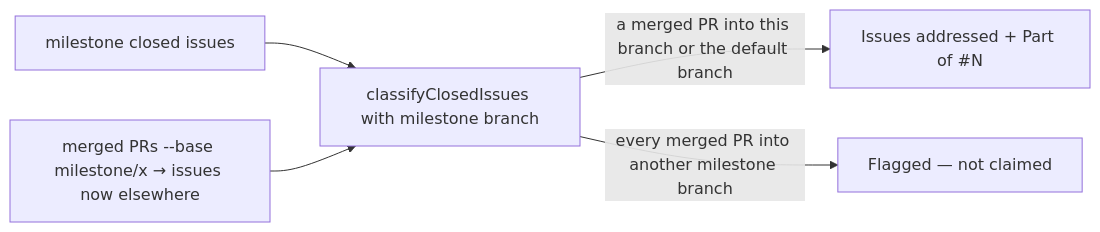
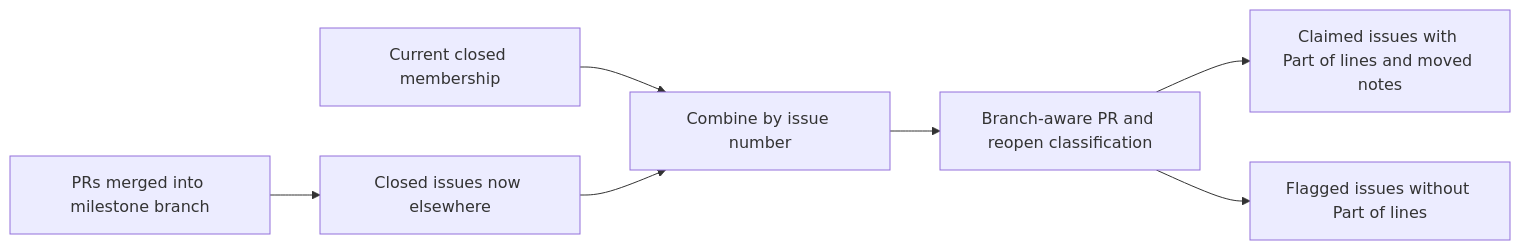
Before and after one commit to stSoftwareAU/VibeCoder: the diagram in docs/archive/pr-summaries/pr-summary-5458.md, drawn with Mermaid. The commit also changed other lines of this file, not shown here.

````diff
--- a/docs/archive/pr-summaries/pr-summary-5458.md
+++ b/docs/archive/pr-summaries/pr-summary-5458.md
@@ -70,7 +50,9 @@
 ```mermaid
 flowchart LR
-    A[milestone closed issues] --> C[classifyClosedIssues with milestone branch]
-    B["merged PRs --base milestone/x → issues now elsewhere"] --> C
-    C -->|a merged PR into this branch or the default branch| D[Issues addressed + Part of #N]
-    C -->|every merged PR into another milestone branch| E[Flagged — not claimed]
+    A[Current closed membership] --> C[Combine by issue number]
+    B[PRs merged into milestone branch] --> D[Closed issues now elsewhere]
+    D --> C
+    C --> E[Branch-aware PR and reopen classification]
+    E --> F[Claimed issues with Part of lines and moved notes]
+    E --> G[Flagged issues without Part of lines]
 ```
````
